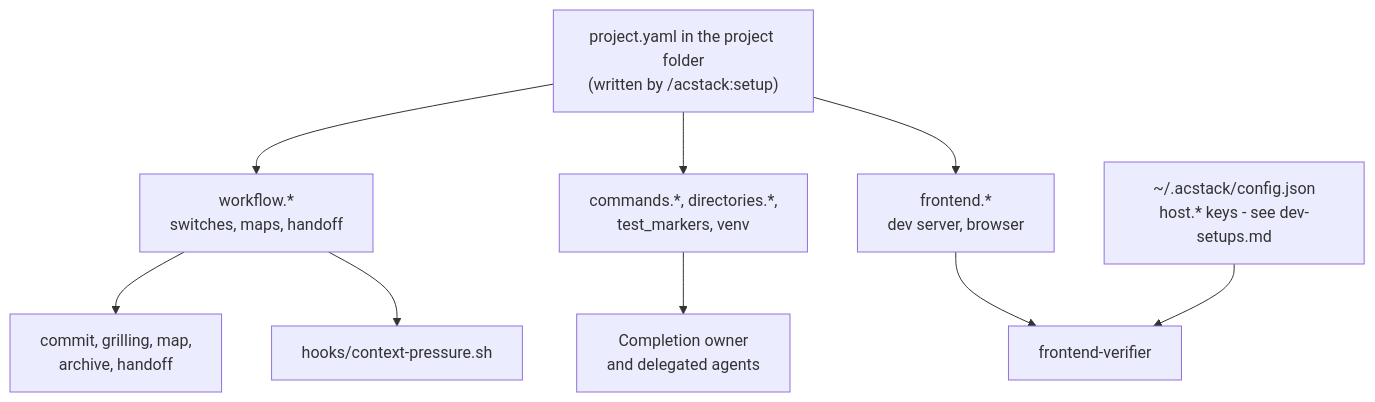
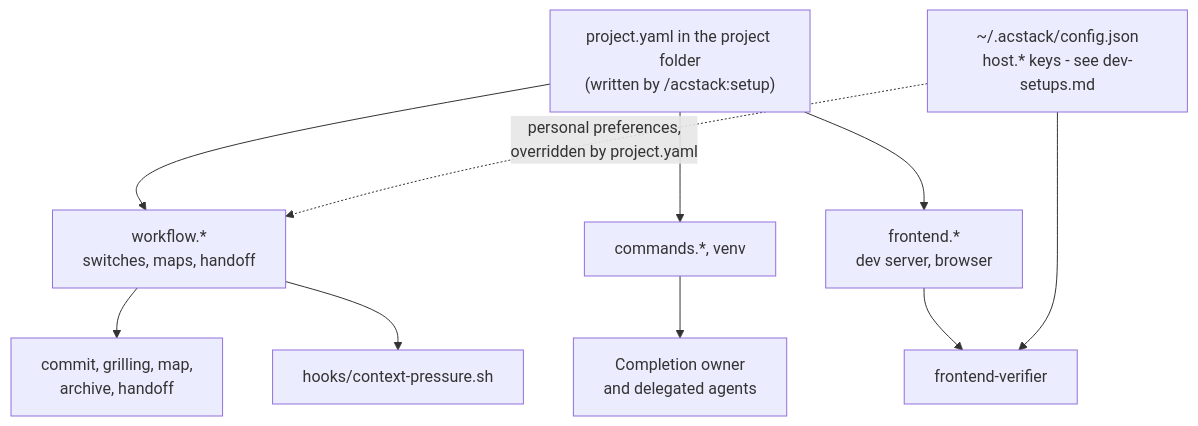
Before and after one commit to ac8318740/acstack: the diagram in docs/config-reference.md, drawn with Mermaid. The commit also changed other lines of this file and 16 other files, not shown here.

First line of the commit message:
Move personal preferences to user-level config and drop unread project keys

````diff
--- a/docs/config-reference.md
+++ b/docs/config-reference.md
@@ -24,11 +24,12 @@
 ```mermaid
 flowchart TD
     FILE["project.yaml in the project folder<br/>(written by /acstack:setup)"] --> WF["workflow.*<br/>switches, maps, handoff"]
-    FILE --> RUN["commands.*, directories.*,<br/>test_markers, venv"]
+    FILE --> RUN["commands.*, venv"]
     FILE --> FE["frontend.*<br/>dev server, browser"]
     WF --> SKILLS["commit, grilling, map,<br/>archive, handoff"]
     WF --> HOOK["hooks/context-pressure.sh"]
     RUN --> AGENTS["Completion owner<br/>and delegated agents"]
     FE --> FV["frontend-verifier"]
     HOST["~/.acstack/config.json<br/>host.* keys - see dev-setups.md"] --> FV
+    HOST -. "personal preferences,<br/>overridden by project.yaml" .-> WF
 ```
````
